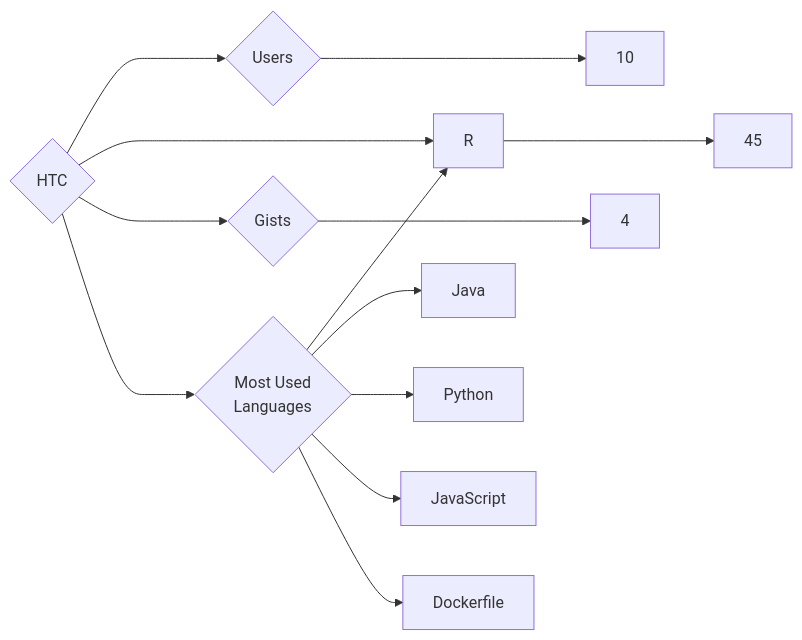
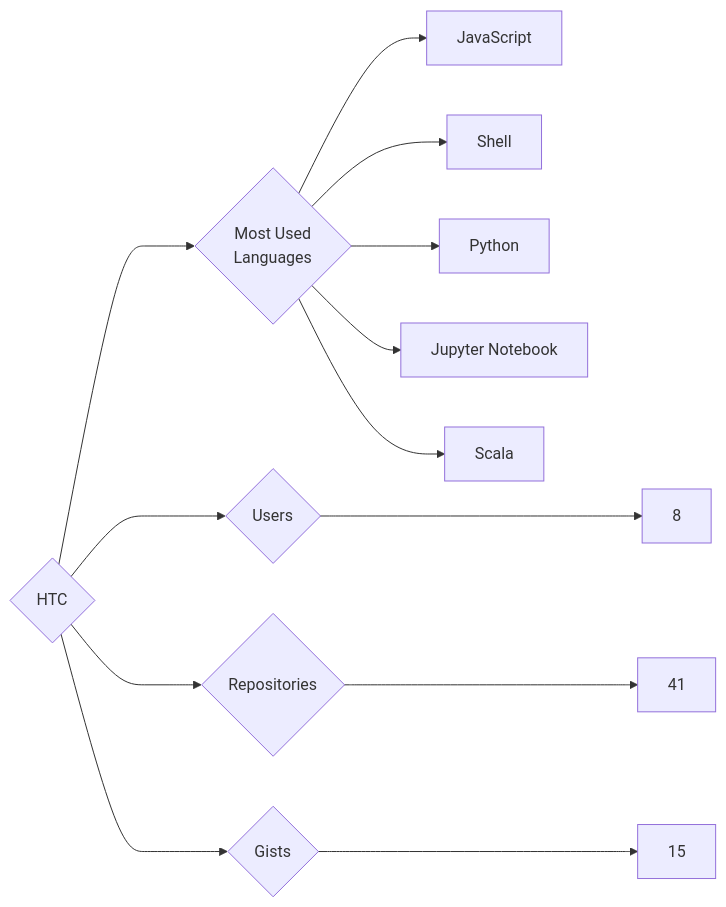
Before and after one commit to trickest/insiders: the diagram in targets/HTC/README.md, drawn with Mermaid. The commit also changed 984 other files, not shown here.

````diff
--- a/targets/HTC/README.md
+++ b/targets/HTC/README.md
@@ -3,13 +3,13 @@
 ```mermaid
 graph LR
 COMPANY_NAME{HTC}
-COMPANY_NAME ---> U{Users} ---> UN[10]
-COMPANY_NAME ---> R{Repositories} ---> RN[45]
-COMPANY_NAME ---> G{Gists} ---> GN[4]
+COMPANY_NAME ---> U{Users} ---> UN[8]
+COMPANY_NAME ---> R{Repositories} ---> RN[41]
+COMPANY_NAME ---> G{Gists} ---> GN[15]
 COMPANY_NAME ---> ML{Most Used<br>Languages}
-ML --> R[R]
-ML --> Java[Java]
+ML --> JavaScript[JavaScript]
+ML --> Shell[Shell]
 ML --> Python[Python]
-ML --> JavaScript[JavaScript]
-ML --> Dockerfile[Dockerfile]
+ML --> Jupyter_Notebook[Jupyter Notebook]
+ML --> Scala[Scala]
 ```
````
